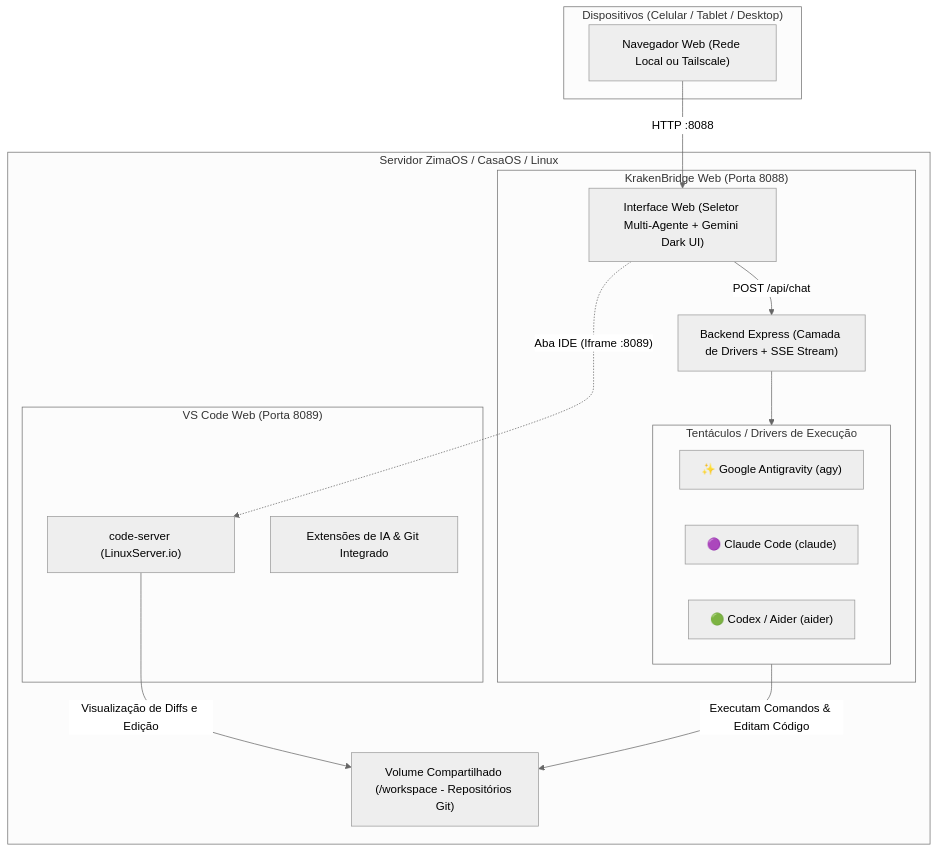
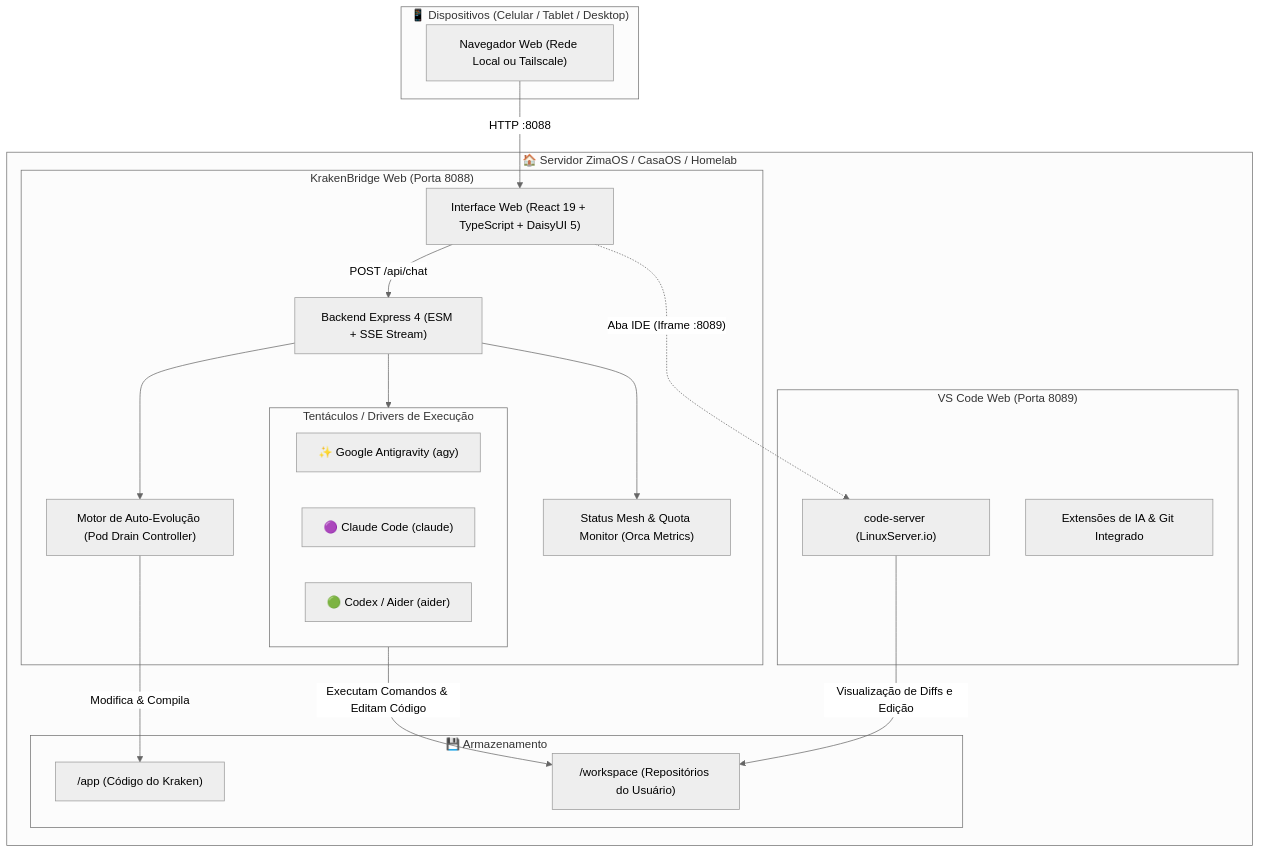
Before and after one commit to ApenasGabs/KrakenBridge-Web: the diagram in README.md, drawn with Mermaid (neutral theme). The commit also changed other lines of this file, not shown here.

Commit message:
docs: document Kraken architecture, self-evolution and Pod Drain pattern

````diff
--- a/README.md
+++ b/README.md
@@ -33,33 +32,41 @@
 ```mermaid
 flowchart TD
-    subgraph Dispositivos["Dispositivos (Celular / Tablet / Desktop)"]
+    subgraph Dispositivos["📱 Dispositivos (Celular / Tablet / Desktop)"]
         Browser["Navegador Web (Rede Local ou Tailscale)"]
     end
 
-    subgraph Servidor["Servidor ZimaOS / CasaOS / Linux"]
+    subgraph Servidor["🏠 Servidor ZimaOS / CasaOS / Homelab"]
         subgraph Port8088["KrakenBridge Web (Porta 8088)"]
-            UI["Interface Web (Seletor Multi-Agente + Gemini Dark UI)"]
-            API["Backend Express (Camada de Drivers + SSE Stream)"]
+            UI["Interface Web (React 19 + TypeScript + DaisyUI 5)"]
+            API["Backend Express 4 (ESM + SSE Stream)"]
+            SelfEngine["Motor de Auto-Evolução (Pod Drain Controller)"]
+            StatusMesh["Status Mesh & Quota Monitor (Orca Metrics)"]
             subgraph Drivers["Tentáculos / Drivers de Execução"]
                 DAgy["✨ Google Antigravity (agy)"]
                 DClaude["🟣 Claude Code (claude)"]
                 DAider["🟢 Codex / Aider (aider)"]
             end
+            API --> SelfEngine
+            API --> StatusMesh
+            API --> Drivers
         end
 
         subgraph Port8089["VS Code Web (Porta 8089)"]
             CodeServer["code-server (LinuxServer.io)"]
             Ext["Extensões de IA & Git Integrado"]
         end
 
-        Workspace["Volume Compartilhado (/workspace - Repositórios Git)"]
+        subgraph Storage["💾 Armazenamento"]
+            AppCode["/app (Código do Kraken)"]
+            Workspace["/workspace (Repositórios do Usuário)"]
+        end
     end
 
     Browser -->|HTTP :8088| UI
     UI -->|POST /api/chat| API
-    API --> Drivers
+    SelfEngine -->|Modifica & Compila| AppCode
     Drivers -->|Executam Comandos & Editam Código| Workspace
     
     UI -.->|"Aba IDE (Iframe :8089)"| CodeServer
     CodeServer -->|Visualização de Diffs e Edição| Workspace
 ```
````
